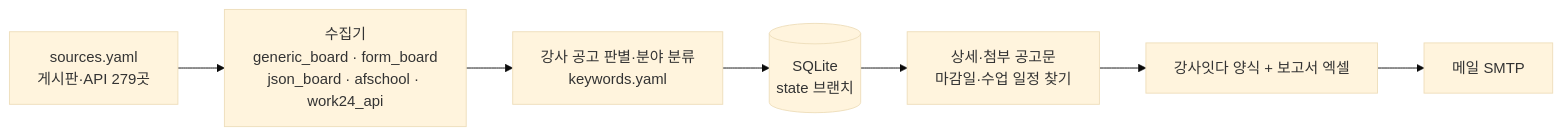
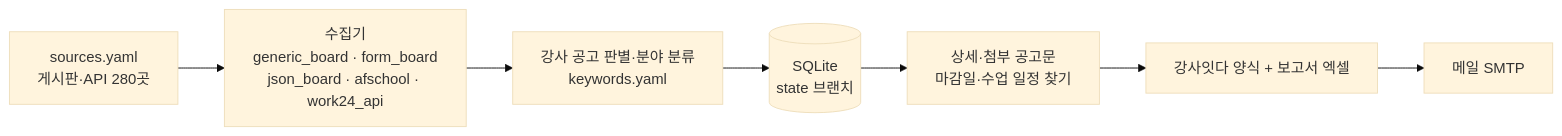
The diagram in docs/DESIGN.md (thskal17-sudo/busan-school-company), drawn with Mermaid (base theme) before and after one commit. The commit also changed other lines of this file and 2 other files, not shown here.

````diff
--- a/docs/DESIGN.md
+++ b/docs/DESIGN.md
@@ -29,9 +29,9 @@
 ```mermaid
 flowchart LR
-    S[sources.yaml<br/>게시판·API 279곳] --> C[수집기<br/>generic_board · form_board<br/>json_board · afschool · work24_api]
+    S[sources.yaml<br/>게시판·API 280곳] --> C[수집기<br/>generic_board · form_board<br/>json_board · afschool · work24_api]
     C --> F[강사 공고 판별·분야 분류<br/>keywords.yaml]
     F --> D[(SQLite<br/>state 브랜치)]
     D --> I[상세·첨부 공고문<br/>마감일·수업 일정 찾기]
     I --> X[강사잇다 양식 + 보고서 엑셀]
     X --> M[메일 SMTP]
 ```
````
